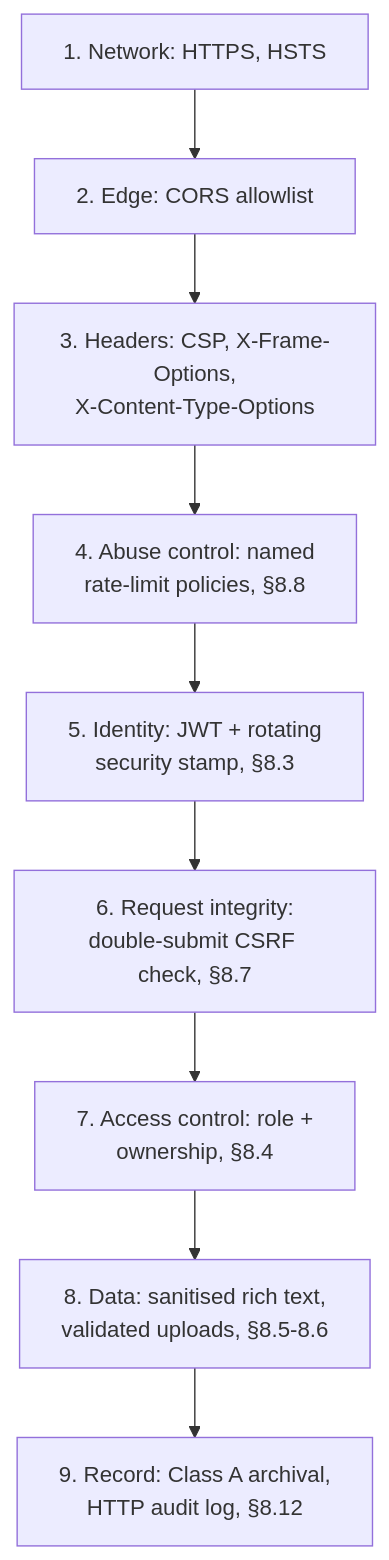
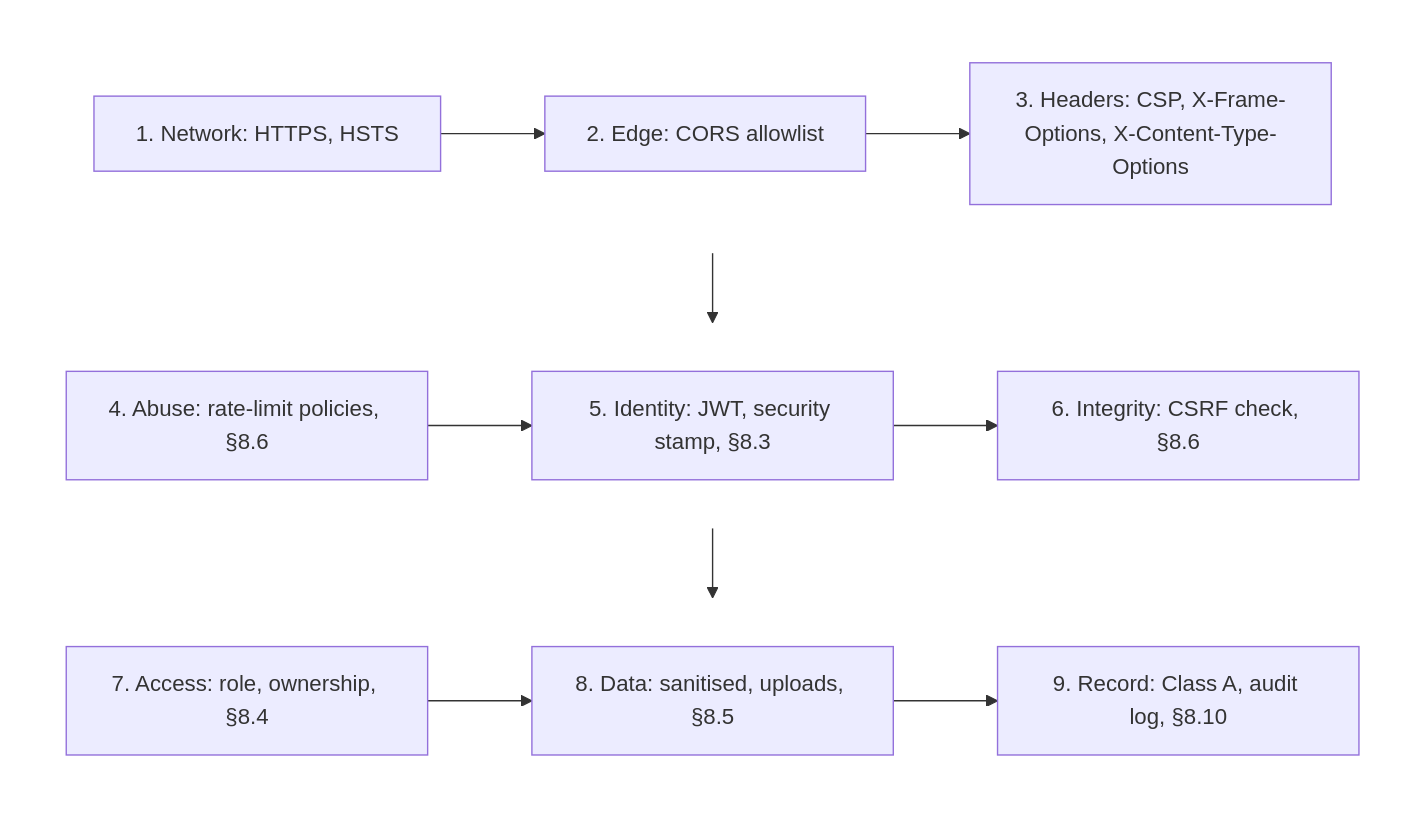
Before and after one commit to shalin-rahman/GHCAA: the sixth of 6 diagrams in docs/book/08-security.md, drawn with Mermaid. The commit also changed other lines of this file and 42 other files, not shown here.

````diff
--- a/docs/book/08-security.md
+++ b/docs/book/08-security.md
@@ -574,13 +570,19 @@
 ```mermaid
 flowchart TB
-    L1["1. Network: HTTPS, HSTS"]
-    L2["2. Edge: CORS allowlist"]
-    L3["3. Headers: CSP, X-Frame-Options,\nX-Content-Type-Options"]
-    L4["4. Abuse control: named\nrate-limit policies, §8.8"]
-    L5["5. Identity: JWT + rotating\nsecurity stamp, §8.3"]
-    L6["6. Request integrity:\ndouble-submit CSRF check, §8.7"]
-    L7["7. Access control: role +\nownership, §8.4"]
-    L8["8. Data: sanitised rich text,\nvalidated uploads, §8.5-8.6"]
-    L9["9. Record: Class A archival,\nHTTP audit log, §8.12"]
-    L1 --> L2 --> L3 --> L4 --> L5 --> L6 --> L7 --> L8 --> L9
+    subgraph R1[" "]
+      direction LR
+      L1["1. Network: HTTPS, HSTS"] --> L2["2. Edge: CORS allowlist"] --> L3["3. Headers: CSP, X-Frame-<br/>Options, X-Content-Type-Options"]
+    end
+    subgraph R2[" "]
+      direction LR
+      L4["4. Abuse: rate-limit policies, §8.6"] --> L5["5. Identity: JWT, security stamp, §8.3"] --> L6["6. Integrity: CSRF check, §8.6"]
+    end
+    subgraph R3[" "]
+      direction LR
+      L7["7. Access: role, ownership, §8.4"] --> L8["8. Data: sanitised, uploads, §8.5"] --> L9["9. Record: Class A, audit log, §8.10"]
+    end
+    R1 --> R2 --> R3
+    style R1 fill:none,stroke:none
+    style R2 fill:none,stroke:none
+    style R3 fill:none,stroke:none
 ```
````
